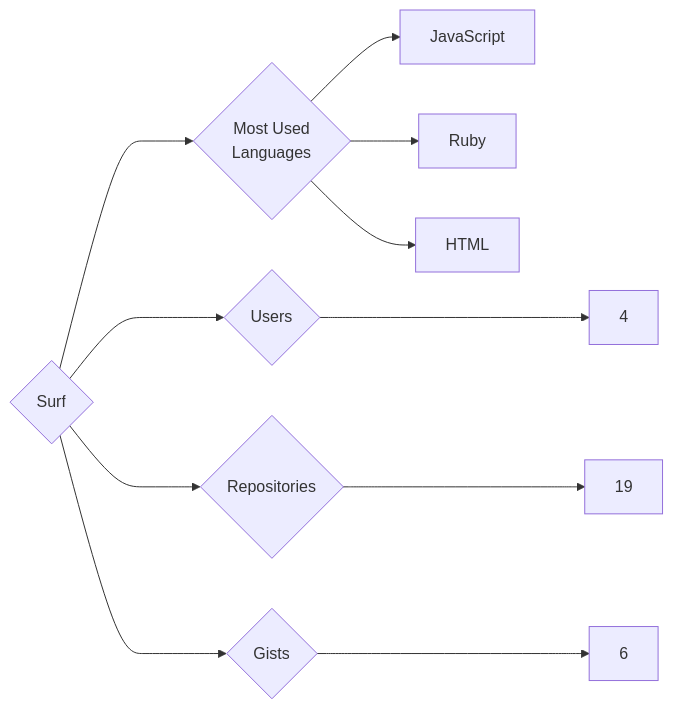
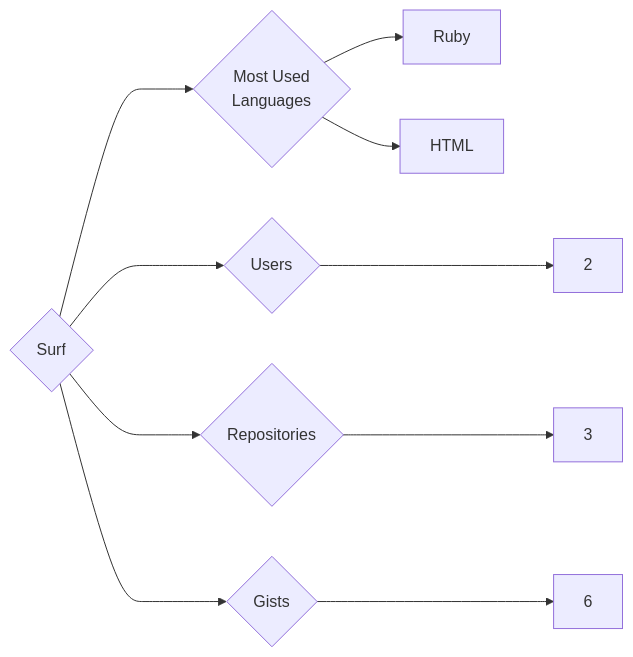
Before and after one commit to trickest/insiders: the diagram in targets/Surf/README.md, drawn with Mermaid. The commit also changed 965 other files, not shown here.

````diff
--- a/targets/Surf/README.md
+++ b/targets/Surf/README.md
@@ -3,11 +3,10 @@
 ```mermaid
 graph LR
 COMPANY_NAME{Surf}
-COMPANY_NAME ---> U{Users} ---> UN[4]
-COMPANY_NAME ---> R{Repositories} ---> RN[19]
+COMPANY_NAME ---> U{Users} ---> UN[2]
+COMPANY_NAME ---> R{Repositories} ---> RN[3]
 COMPANY_NAME ---> G{Gists} ---> GN[6]
 COMPANY_NAME ---> ML{Most Used<br>Languages}
-ML --> JavaScript[JavaScript]
 ML --> Ruby[Ruby]
 ML --> HTML[HTML]
 ```
````
